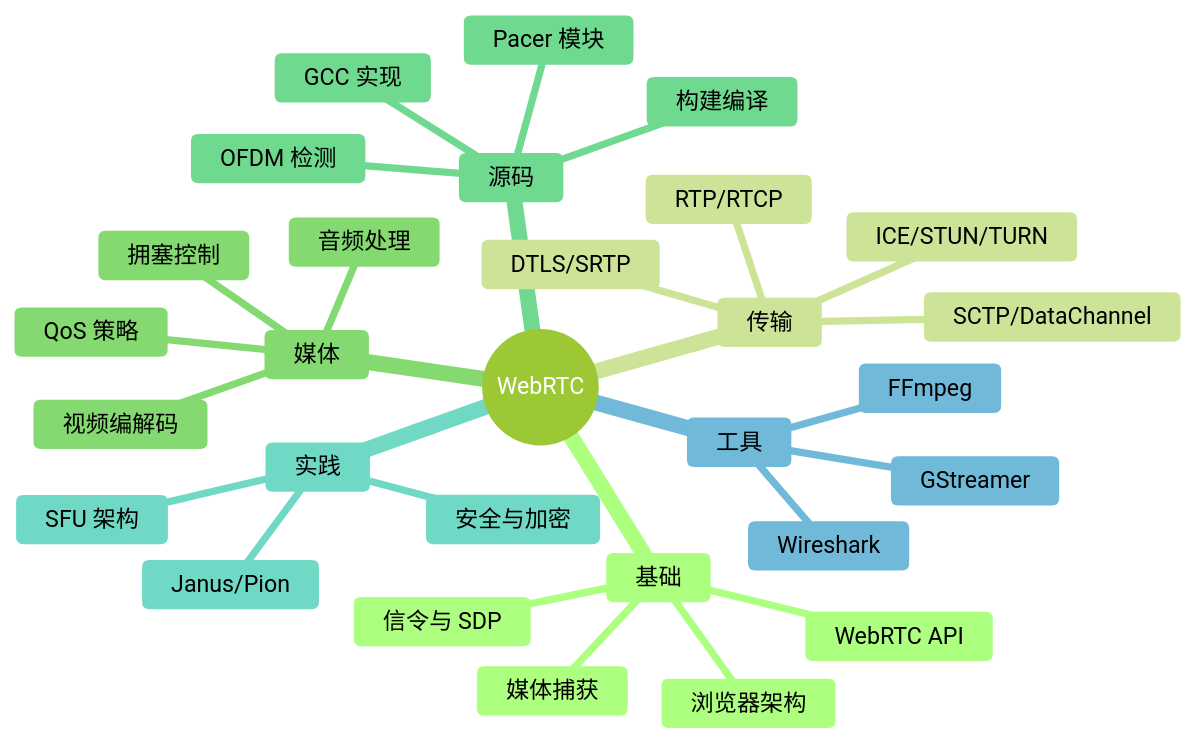
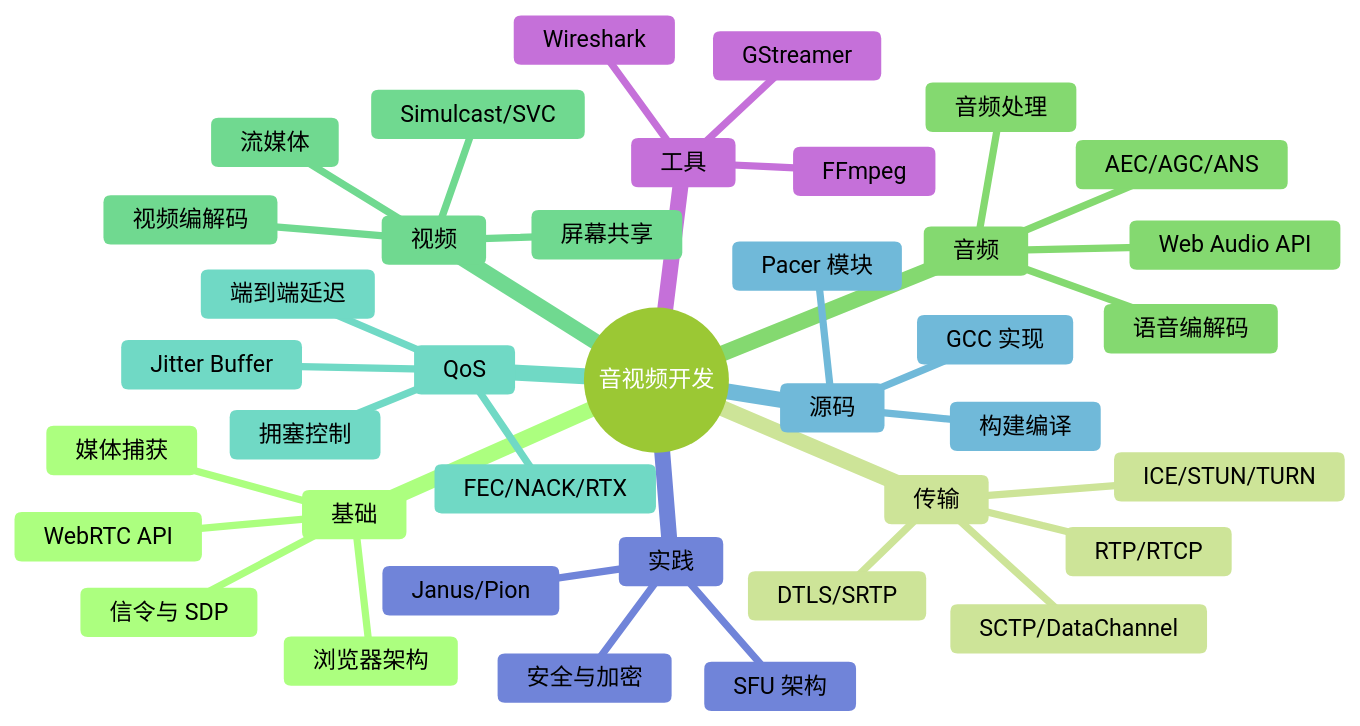
The diagram in source/index.rst (walterfan/webrtc_note), drawn with Mermaid (forest theme) before and after one commit. The commit also changed other lines of this file and 1213 other files, not shown here.

```diff
--- a/source/index.rst
+++ b/source/index.rst
@@ -13,32 +13,41 @@
 .. mermaid::
 
    mindmap
-     root((WebRTC))
+     root((音视频开发))
        基础
          浏览器架构
          WebRTC API
          信令与 SDP
          媒体捕获
        传输
          ICE/STUN/TURN
          DTLS/SRTP
          RTP/RTCP
          SCTP/DataChannel
-       媒体
+       音频
+         语音编解码
          音频处理
+         AEC/AGC/ANS
+         Web Audio API
+       视频
          视频编解码
+         Simulcast/SVC
+         屏幕共享
+         流媒体
+       QoS
          拥塞控制
-         QoS 策略
+         FEC/NACK/RTX
+         Jitter Buffer
+         端到端延迟
        源码
          构建编译
          GCC 实现
          Pacer 模块
-         OFDM 检测
        实践
          SFU 架构
          Janus/Pion
          安全与加密
        工具
          FFmpeg
          GStreamer
          Wireshark
```
